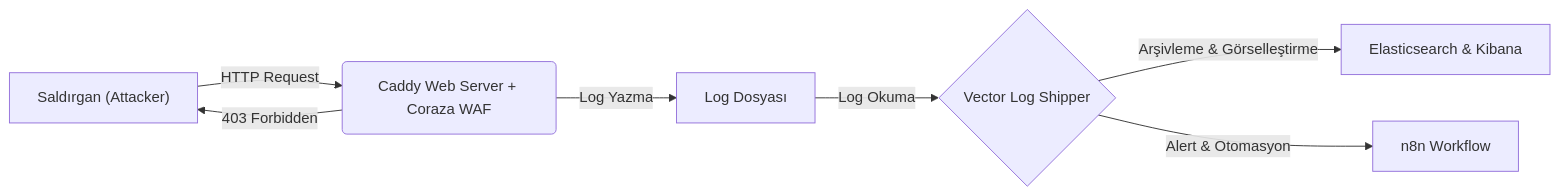
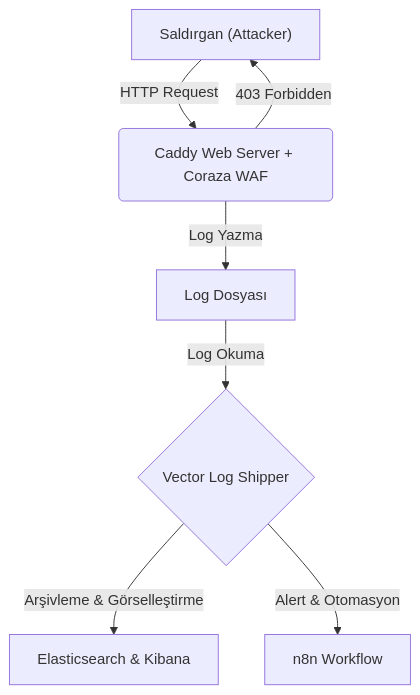
The diagram in README.md (OmerTurhann/soar-waf-lab), drawn with Mermaid before and after one commit.

````diff
--- a/README.md
+++ b/README.md
@@ -9,9 +9,9 @@
 ```mermaid
-graph LR
+graph TD
     A["Saldırgan (Attacker)"] -->|HTTP Request| B("Caddy Web Server + Coraza WAF")
     B -->|"403 Forbidden"| A
     B -->|"Log Yazma"| C["Log Dosyası"]
     C -->|"Log Okuma"| D{"Vector Log Shipper"}
     D -->|"Arşivleme & Görselleştirme"| E["Elasticsearch & Kibana"]
     D -->|"Alert & Otomasyon"| F["n8n Workflow"]
 ```
````
